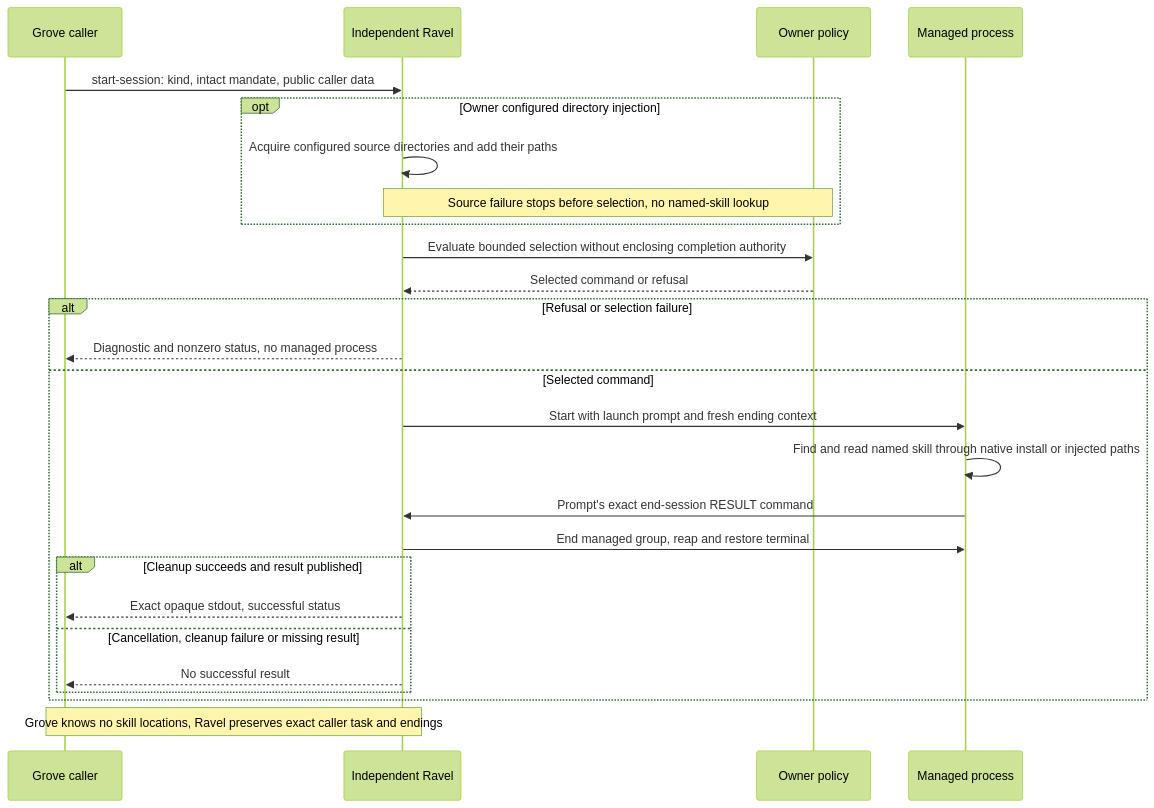
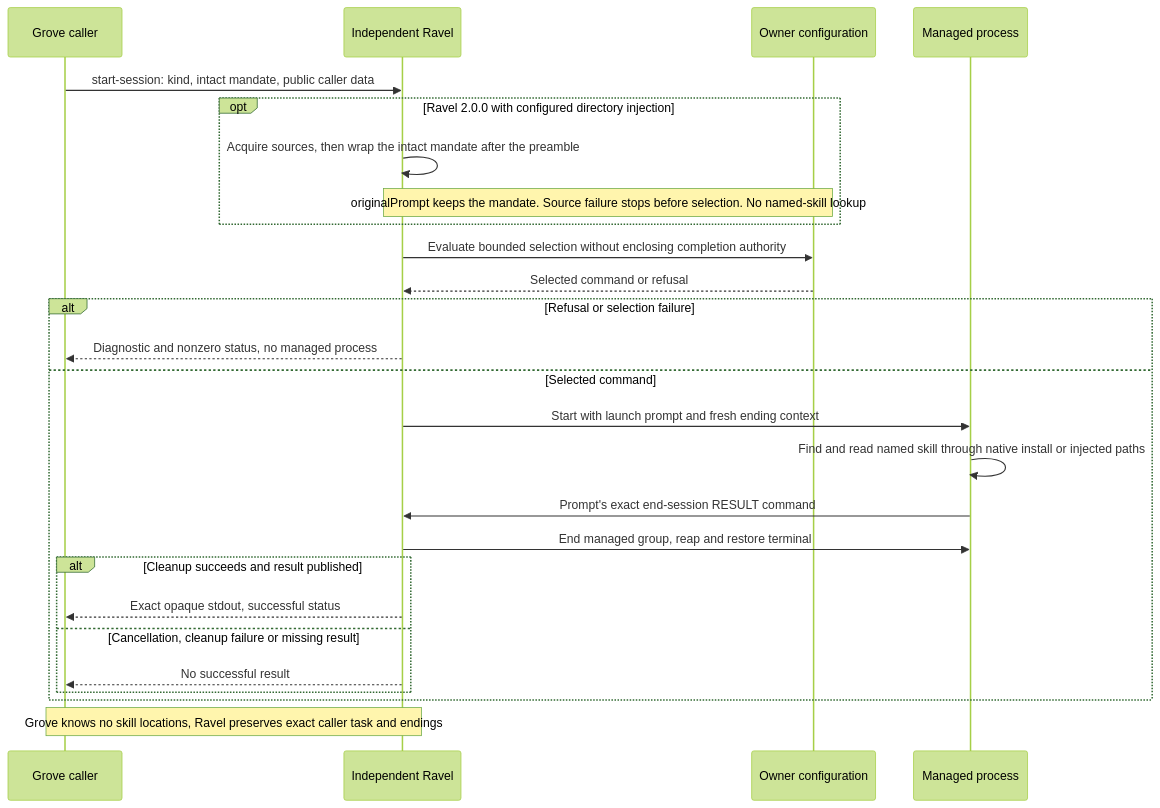
The diagram in docs/design/harness-selection-and-execution/handoff.mmd (Linkuistics/grove), drawn with Mermaid (forest theme) before and after one commit. The commit also changed 25 other files, not shown here.

First line of the commit message:
Map the reviewed Rhai directory contract into Grove (grove-rhai-skill-delivery-k35)

```diff
--- a/docs/design/harness-selection-and-execution/handoff.mmd
+++ b/docs/design/harness-selection-and-execution/handoff.mmd
@@ -1,26 +1,26 @@
 sequenceDiagram
   participant G as Grove caller
   participant R as Independent Ravel
-  participant P as Owner policy
+  participant P as Owner configuration
   participant H as Managed process
   G->>R: start-session: kind, intact mandate, public caller data
-  opt Owner configured directory injection
-    R->>R: Acquire configured source directories and add their paths
-    Note over R,P: Source failure stops before selection, no named-skill lookup
+  opt Ravel 2.0.0 with configured directory injection
+    R->>R: Acquire sources, then wrap the intact mandate after the preamble
+    Note over R,P: originalPrompt keeps the mandate. Source failure stops before selection. No named-skill lookup
   end
   R->>P: Evaluate bounded selection without enclosing completion authority
   P-->>R: Selected command or refusal
   alt Refusal or selection failure
     R-->>G: Diagnostic and nonzero status, no managed process
   else Selected command
     R->>H: Start with launch prompt and fresh ending context
     H->>H: Find and read named skill through native install or injected paths
     H->>R: Prompt's exact end-session RESULT command
     R->>H: End managed group, reap and restore terminal
     alt Cleanup succeeds and result published
       R-->>G: Exact opaque stdout, successful status
     else Cancellation, cleanup failure or missing result
       R-->>G: No successful result
     end
   end
   Note over G,R: Grove knows no skill locations, Ravel preserves exact caller task and endings
```
